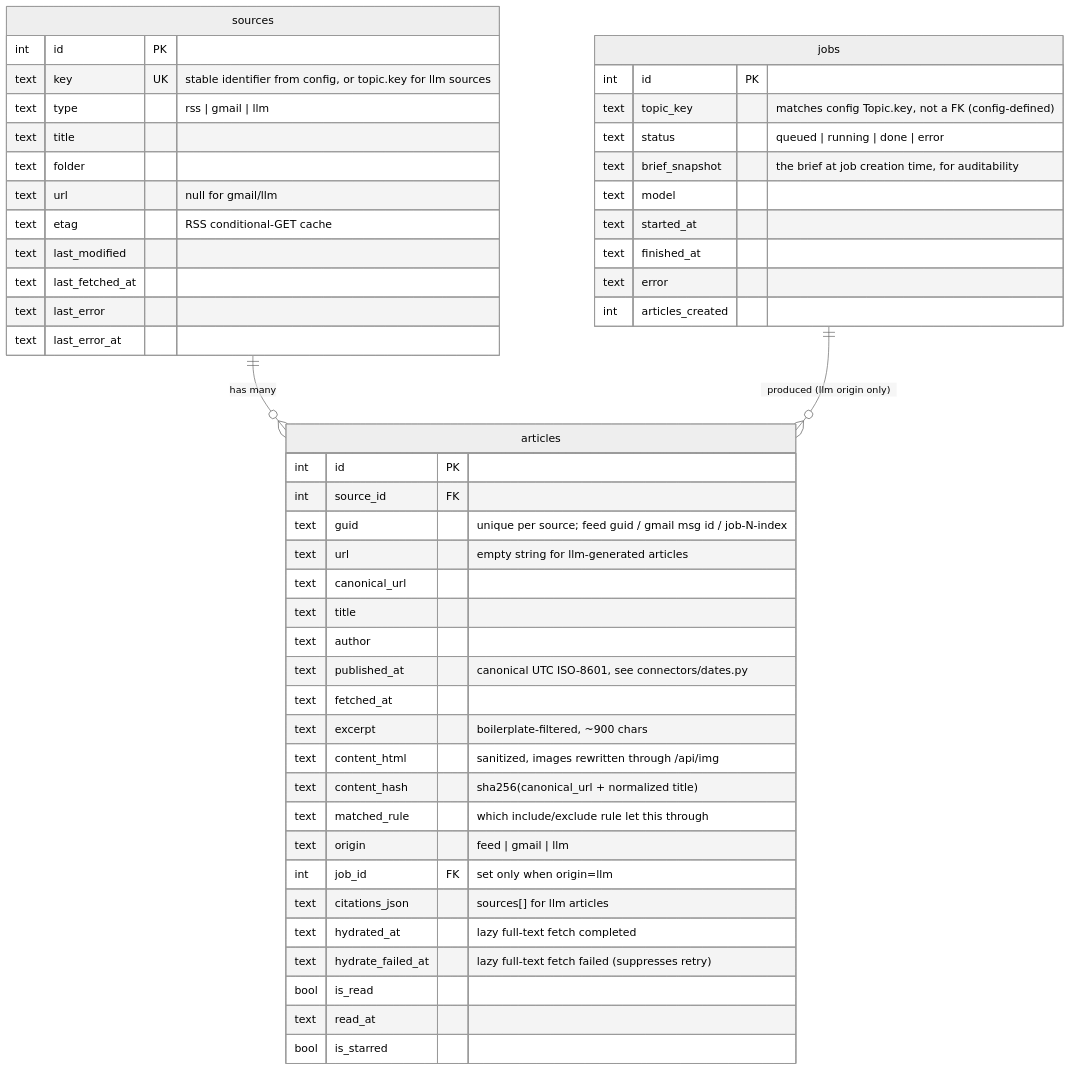
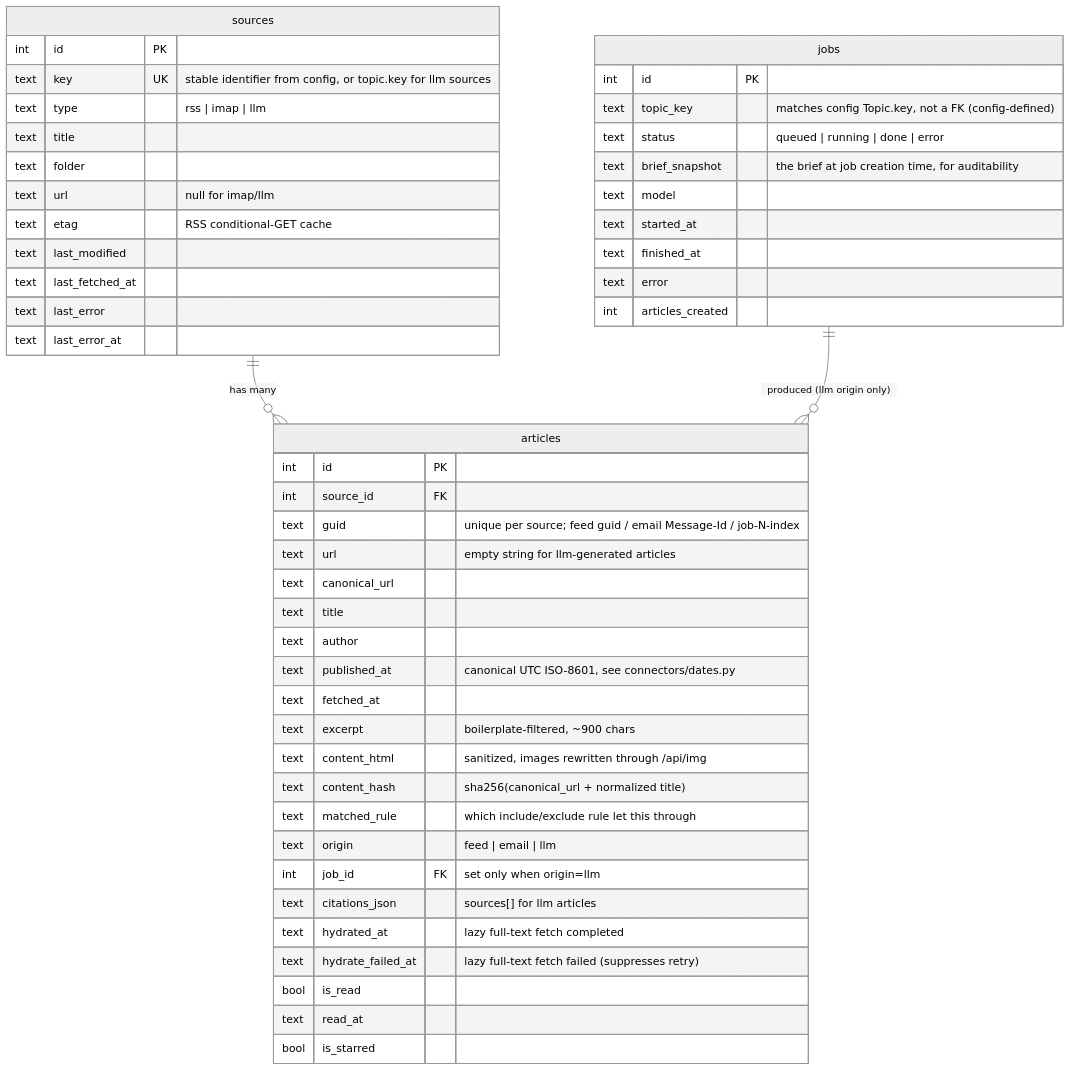
Before and after one commit to pengyaoc/openreader: the diagram in docs/ERD.md, drawn with Mermaid (neutral theme). The commit also changed other lines of this file and 29 other files, not shown here.

First line of the commit message:
Fix stuck IMAP refresh and remove the expiring Gmail OAuth connector

````diff
--- a/docs/ERD.md
+++ b/docs/ERD.md
@@ -94,55 +93,55 @@
 ```mermaid
 erDiagram
     sources ||--o{ articles : "has many"
     jobs ||--o{ articles : "produced (llm origin only)"
 
     sources {
         int id PK
         text key UK "stable identifier from config, or topic.key for llm sources"
-        text type "rss | gmail | llm"
+        text type "rss | imap | llm"
         text title
         text folder
-        text url "null for gmail/llm"
+        text url "null for imap/llm"
         text etag "RSS conditional-GET cache"
         text last_modified
         text last_fetched_at
         text last_error
         text last_error_at
     }
 
     articles {
         int id PK
         int source_id FK
-        text guid "unique per source; feed guid / gmail msg id / job-N-index"
+        text guid "unique per source; feed guid / email Message-Id / job-N-index"
         text url "empty string for llm-generated articles"
         text canonical_url
         text title
         text author
         text published_at "canonical UTC ISO-8601, see connectors/dates.py"
         text fetched_at
         text excerpt "boilerplate-filtered, ~900 chars"
         text content_html "sanitized, images rewritten through /api/img"
         text content_hash "sha256(canonical_url + normalized title)"
         text matched_rule "which include/exclude rule let this through"
-        text origin "feed | gmail | llm"
+        text origin "feed | email | llm"
         int job_id FK "set only when origin=llm"
         text citations_json "sources[] for llm articles"
         text hydrated_at "lazy full-text fetch completed"
         text hydrate_failed_at "lazy full-text fetch failed (suppresses retry)"
         bool is_read
         text read_at
         bool is_starred
     }
 
     jobs {
         int id PK
         text topic_key "matches config Topic.key, not a FK (config-defined)"
         text status "queued | running | done | error"
         text brief_snapshot "the brief at job creation time, for auditability"
         text model
         text started_at
         text finished_at
         text error
         int articles_created
     }
 ```
````
